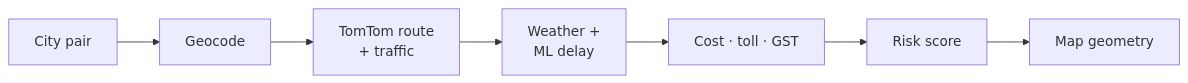
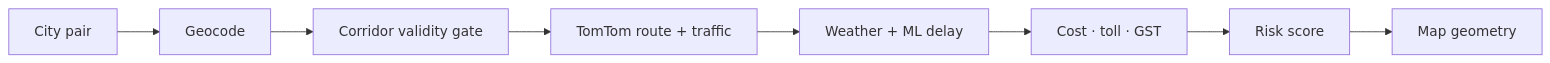
Before and after one commit to kvb1201/LogiFlow-Solution-Challenge-2026: the second of 6 diagrams in README.md, drawn with Mermaid. The commit also changed other lines of this file and 33 other files, not shown here.

First line of the commit message:
Refactor implementation documentation and update platform architecture

````diff
--- a/README.md
+++ b/README.md
@@ -134,9 +145,10 @@
 ```mermaid
 flowchart LR
     A["City pair"] --> B["Geocode"]
-    B --> C["TomTom route\n+ traffic"]
-    C --> D["Weather +\nML delay"]
-    D --> E["Cost · toll · GST"]
-    E --> F["Risk score"]
-    F --> G["Map geometry"]
+    B --> C["Corridor validity gate"]
+    C --> D["TomTom route + traffic"]
+    D --> E["Weather + ML delay"]
+    E --> F["Cost · toll · GST"]
+    F --> G["Risk score"]
+    G --> H["Map geometry"]
 ```
````
